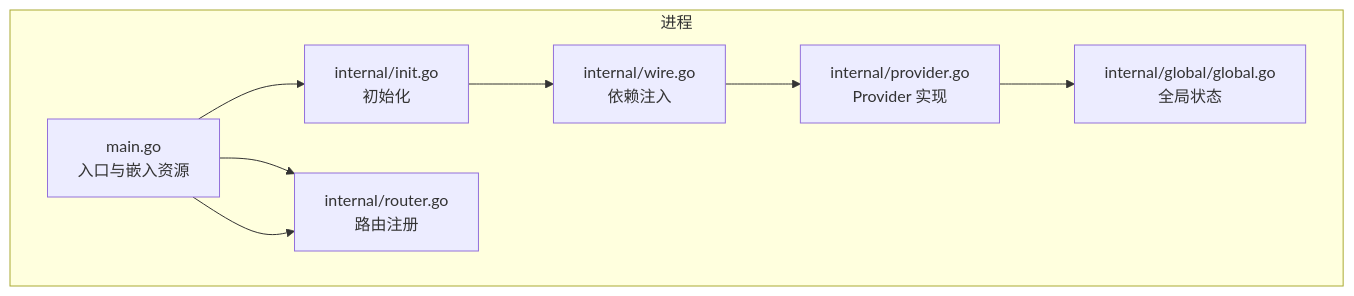
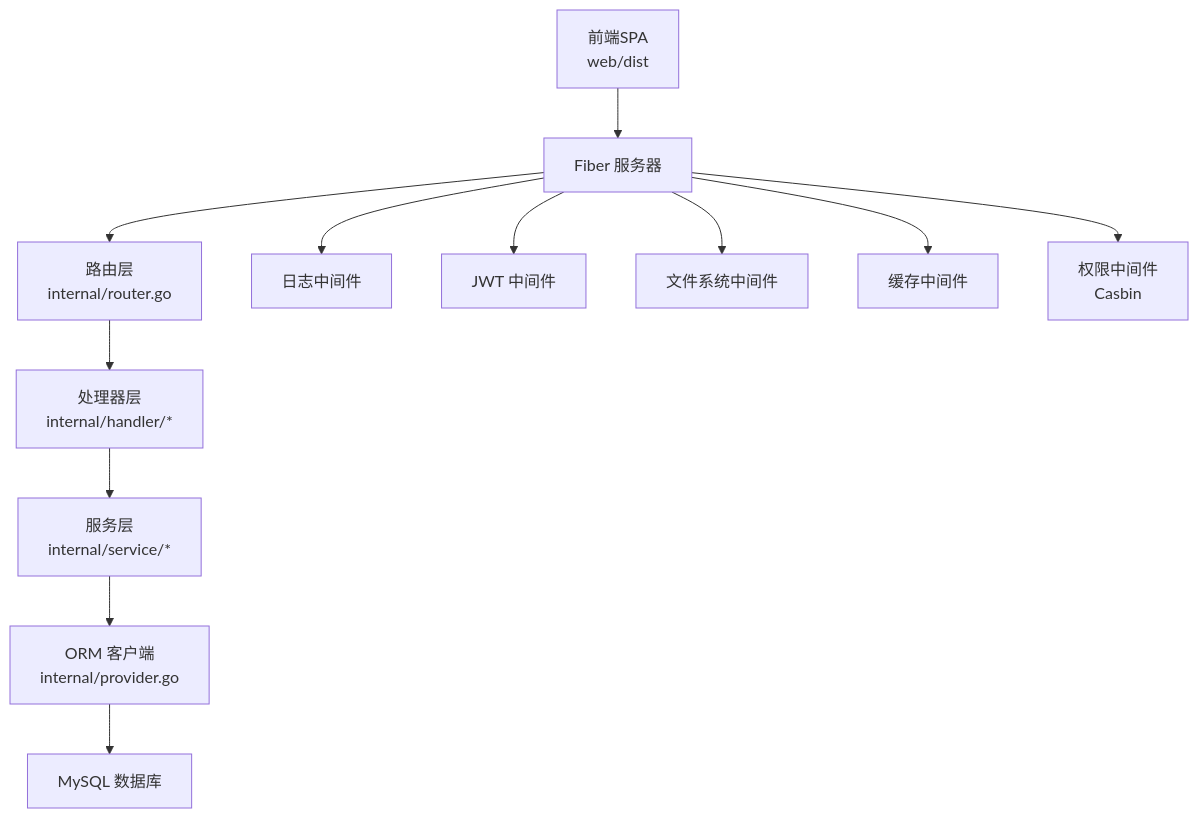
Before and after one commit to wuwuseo/e-sports-go-admin: the second of 4 diagrams in .qoder/repowiki/zh/content/快速开始.md, drawn with Mermaid. The commit also changed other lines of this file and 115 other files, not shown here.

````diff
--- a/.qoder/repowiki/zh/content/快速开始.md
+++ b/.qoder/repowiki/zh/content/快速开始.md
@@ -86,17 +92,14 @@
 ```mermaid
 graph TB
-subgraph "进程"
-M["main.go<br/>入口与嵌入资源"]
-R["internal/router.go<br/>路由注册"]
-I["internal/init.go<br/>初始化"]
-W["internal/wire.go<br/>依赖注入"]
-P["internal/provider.go<br/>Provider 实现"]
-G["internal/global/global.go<br/>全局状态"]
-end
-M --> I
-M --> R
-I --> W
-W --> P
-P --> G
-M --> R
+FE["前端SPA<br/>web/dist"] --> S["Fiber 服务器"]
+S --> R["路由层<br/>internal/router.go"]
+R --> H["处理器层<br/>internal/handler/*"]
+H --> SV["服务层<br/>internal/service/*"]
+SV --> ORM["ORM 客户端<br/>internal/provider.go"]
+ORM --> DB["MySQL 数据库"]
+S --> LOG["日志中间件"]
+S --> JWT["JWT 中间件"]
+S --> FS["文件系统中间件"]
+S --> CACHE["缓存中间件"]
+S --> CASBIN["权限中间件<br/>Casbin"]
 ```
````
